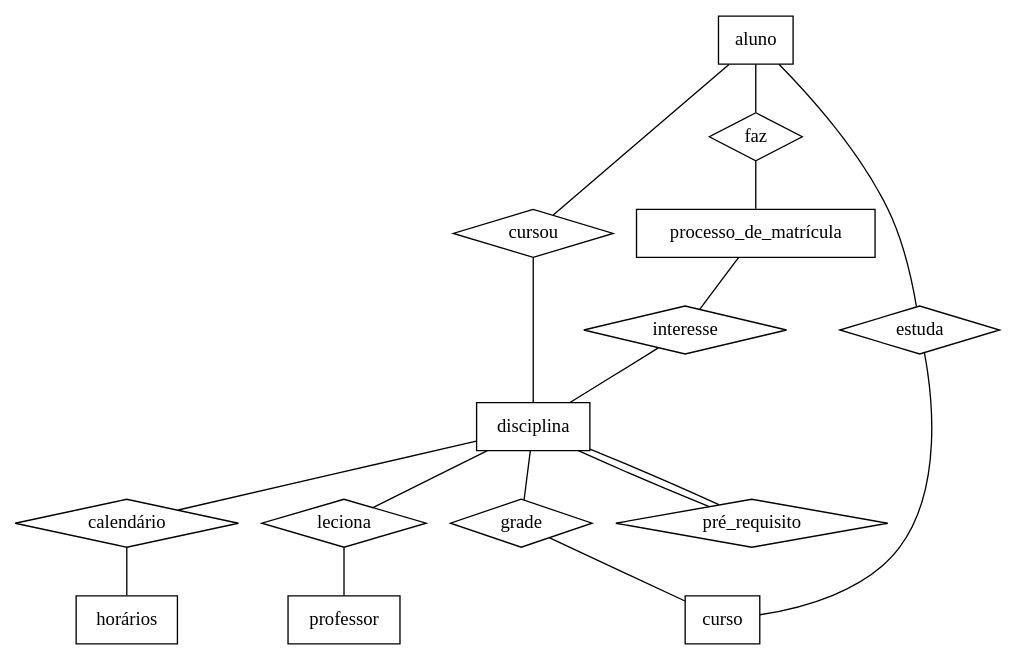
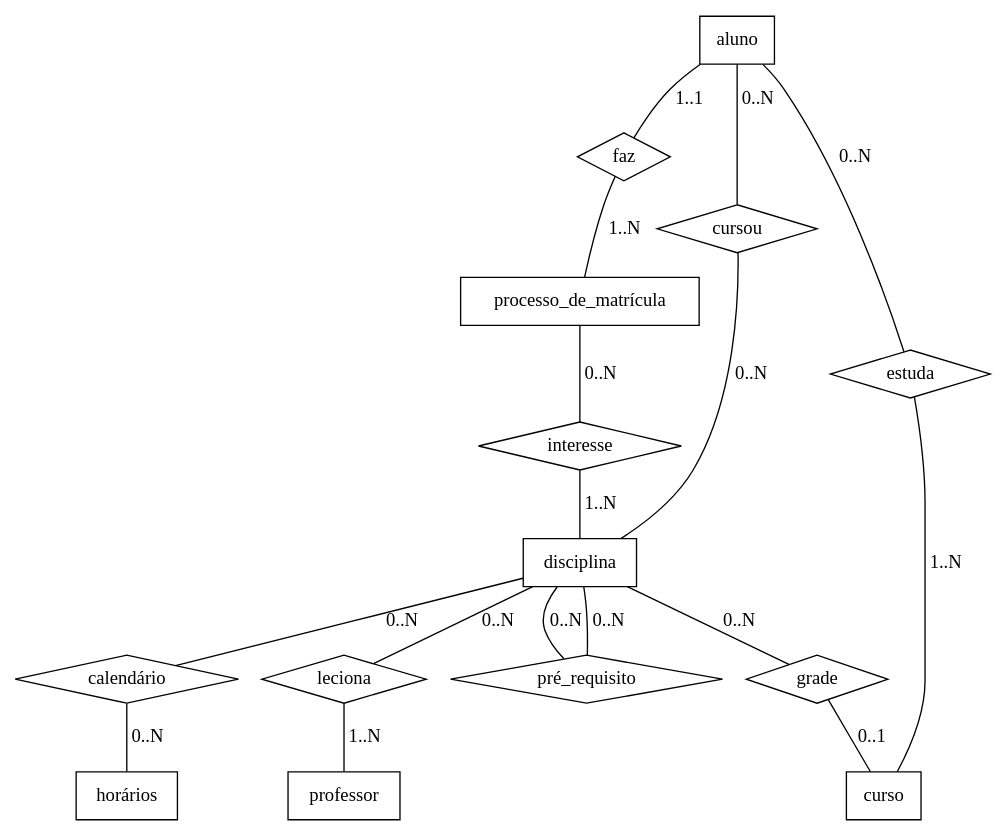
One commit to krol08/BCD-29008 changed the diagram in diagramaER.dot. Above: the diagram before and after it, drawn with Graphviz.

Commit message:
cardinalidade

```diff
--- a/diagramaER.dot
+++ b/diagramaER.dot
@@ -1,30 +1,38 @@
 graph diagramaER{
-
+	//dot -Tpng diagramaER.dot -o diagramaER.png
 	//Entidades
 	aluno [shape = record]
 	disciplina [shape = record]
 	processo_de_matrícula [shape = record]
 	horários [shape = record]
 	professor [shape = record]
 	curso [shape = record]
 
 	//relacionamentos
 	cursou [shape=diamond]
 	faz [shape=diamond]
 	interesse [shape=diamond]
 	estuda [shape=diamond]
 	pré_requisito [shape=diamond]
 	calendário [shape=diamond]
 	grade [shape=diamond]
 	leciona [shape=diamond]
 
 	//ligações
-	aluno -- cursou -- disciplina
-	aluno -- faz -- processo_de_matrícula
-	aluno -- estuda -- curso
-	processo_de_matrícula -- interesse -- disciplina
-	disciplina -- pré_requisito -- disciplina
-	disciplina -- calendário -- horários
-	disciplina -- grade -- curso
-	disciplina -- leciona -- professor
+	aluno	-- cursou  [label="0..N"]
+	cursou	-- disciplina [label="0..N"]
+	aluno	-- faz [label="1..1"]
+	faz		-- processo_de_matrícula[label="1..N"]
+	aluno -- estuda [label="0..N"]
+	estuda	-- curso [label="1..N"]
+	processo_de_matrícula -- interesse [label="0..N"]
+	interesse -- disciplina [label="1..N"]
+	disciplina -- pré_requisito [label="0..N"]
+	pré_requisito -- disciplina [label="0..N"]
+	disciplina -- calendário [label="0..N"]
+ 	calendário-- horários [label="0..N"]
+	disciplina -- grade [label="0..N"]
+	grade -- curso [label="0..1"]
+	disciplina -- leciona [label="0..N"]
+	leciona -- professor [label="1..N"]
 }
```
